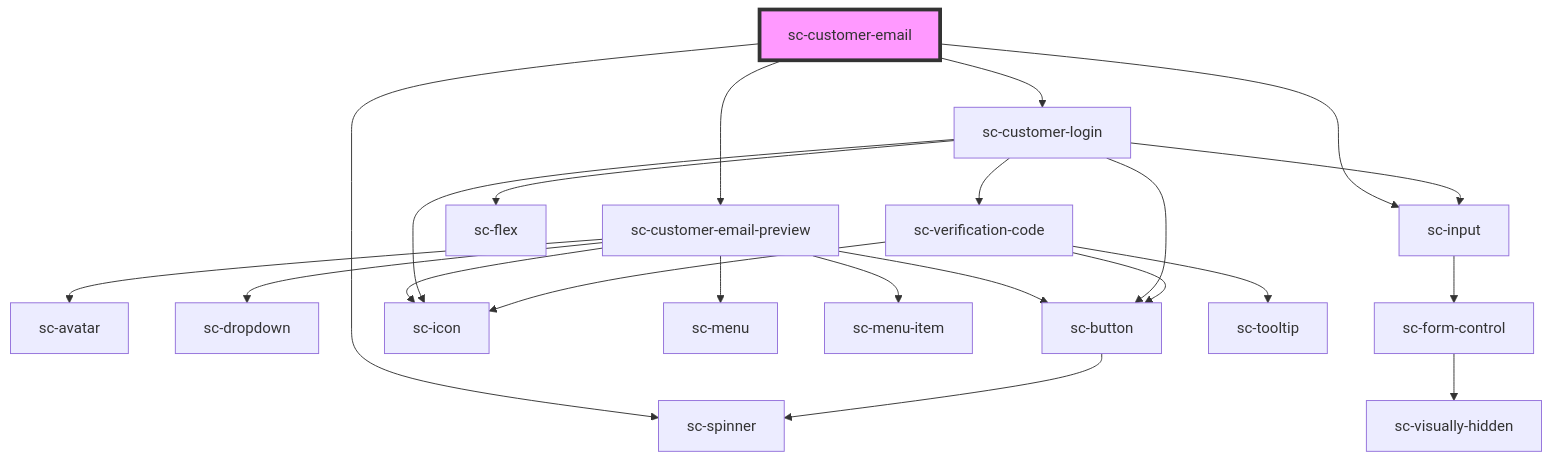
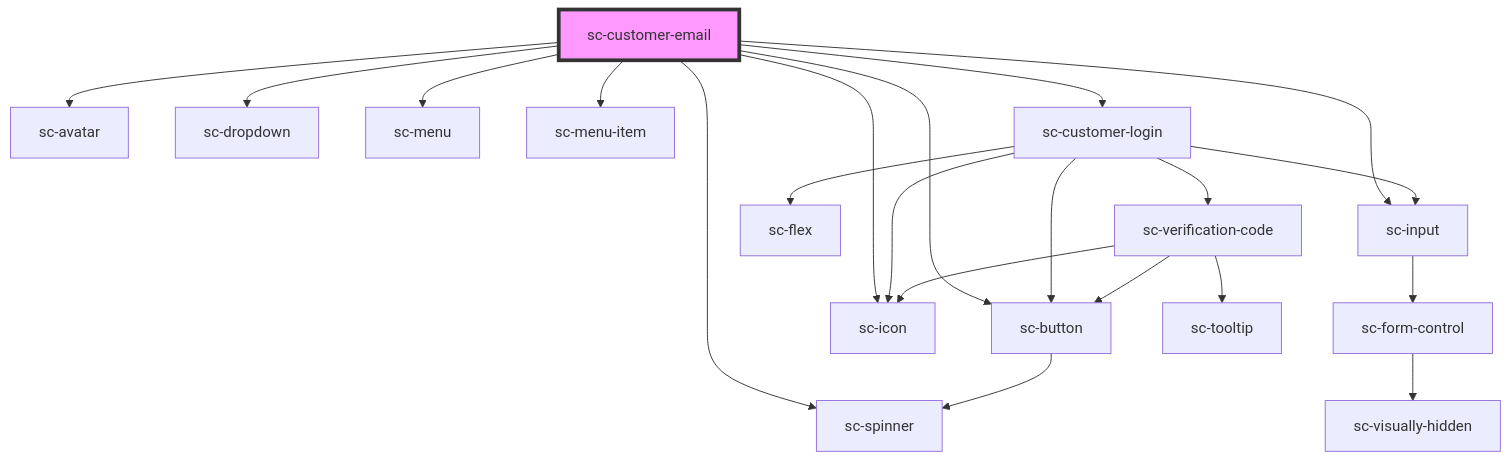
Before and after one commit to surecart/surecart-wp-plugin: the diagram in packages/components/src/components/controllers/checkout-form/customer-email/readme.md, drawn with Mermaid. The commit also changed other lines of this file and 17 other files, not shown here.

````diff
--- a/packages/components/src/components/controllers/checkout-form/customer-email/readme.md
+++ b/packages/components/src/components/controllers/checkout-form/customer-email/readme.md
@@ -65,25 +70,24 @@
 ```mermaid
 graph TD;
-  sc-customer-email --> sc-customer-email-preview
+  sc-customer-email --> sc-avatar
+  sc-customer-email --> sc-dropdown
+  sc-customer-email --> sc-button
+  sc-customer-email --> sc-icon
+  sc-customer-email --> sc-menu
+  sc-customer-email --> sc-menu-item
   sc-customer-email --> sc-customer-login
   sc-customer-email --> sc-input
   sc-customer-email --> sc-spinner
-  sc-customer-email-preview --> sc-avatar
-  sc-customer-email-preview --> sc-dropdown
-  sc-customer-email-preview --> sc-button
-  sc-customer-email-preview --> sc-icon
-  sc-customer-email-preview --> sc-menu
-  sc-customer-email-preview --> sc-menu-item
   sc-button --> sc-spinner
   sc-customer-login --> sc-flex
   sc-customer-login --> sc-input
   sc-customer-login --> sc-button
   sc-customer-login --> sc-icon
   sc-customer-login --> sc-verification-code
   sc-input --> sc-form-control
   sc-form-control --> sc-visually-hidden
   sc-verification-code --> sc-tooltip
   sc-verification-code --> sc-button
   sc-verification-code --> sc-icon
   style sc-customer-email fill:#f9f,stroke:#333,stroke-width:4px
 ```
````
